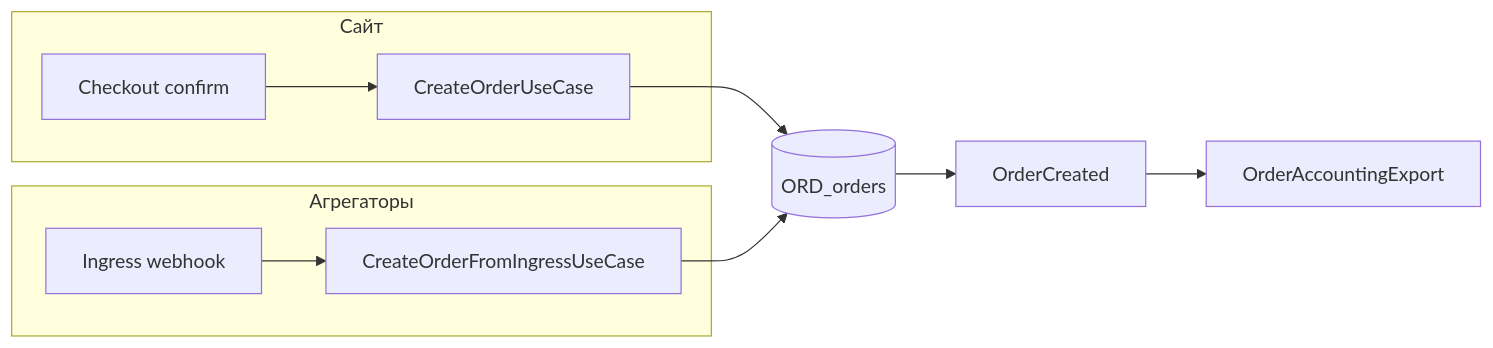
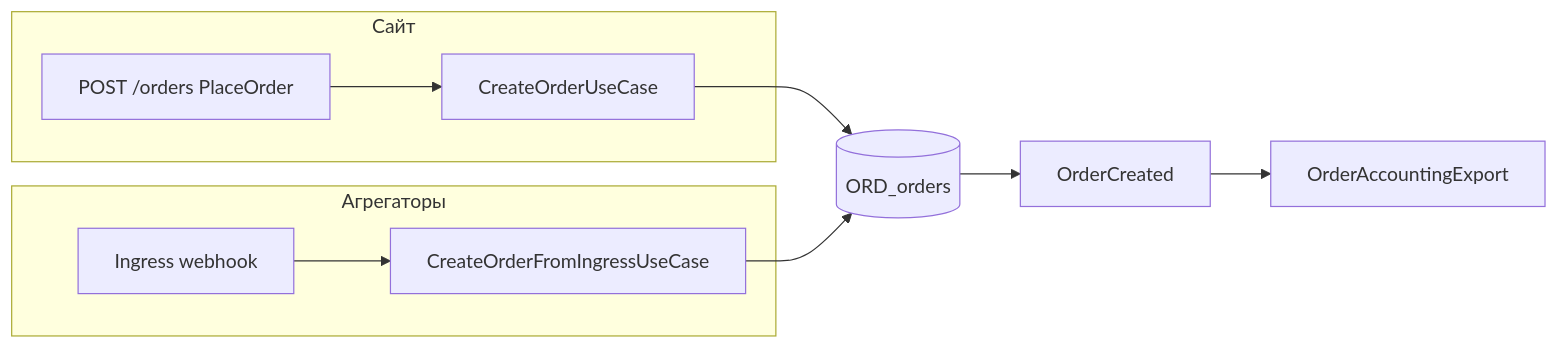
One commit to blessq12/gangsters.pro changed the diagram in .cursor/docs/README.md. Above: the diagram before and after it, drawn with Mermaid. The commit also changed other lines of this file and 418 other files, not shown here.

Commit message:
refactor: заменить Checkout BC на OrderDraft preview/place и Storefront bootstrap; перевести визард оформления на stateless API, SKU в каталоге и правки геокодирования зоны.

````diff
--- a/.cursor/docs/README.md
+++ b/.cursor/docs/README.md
@@ -40,13 +41,13 @@
 ```mermaid
 flowchart LR
     subgraph site [Сайт]
-        A[Checkout confirm] --> B[CreateOrderUseCase]
+        A[POST /orders PlaceOrder] --> B[CreateOrderUseCase]
     end
     subgraph agg [Агрегаторы]
         C[Ingress webhook] --> D[CreateOrderFromIngressUseCase]
     end
     B --> E[(ORD_orders)]
     D --> E
     E --> F[OrderCreated]
     F --> G[OrderAccountingExport]
 ```
````
